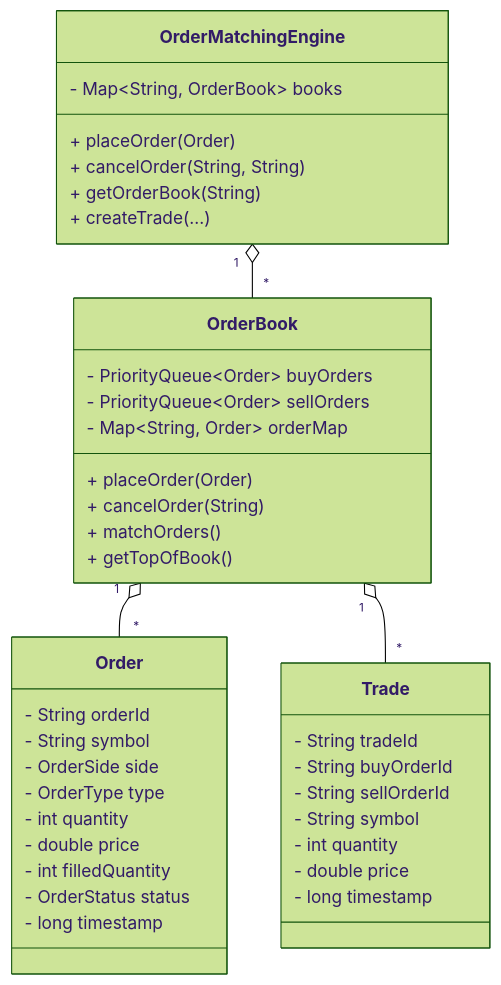
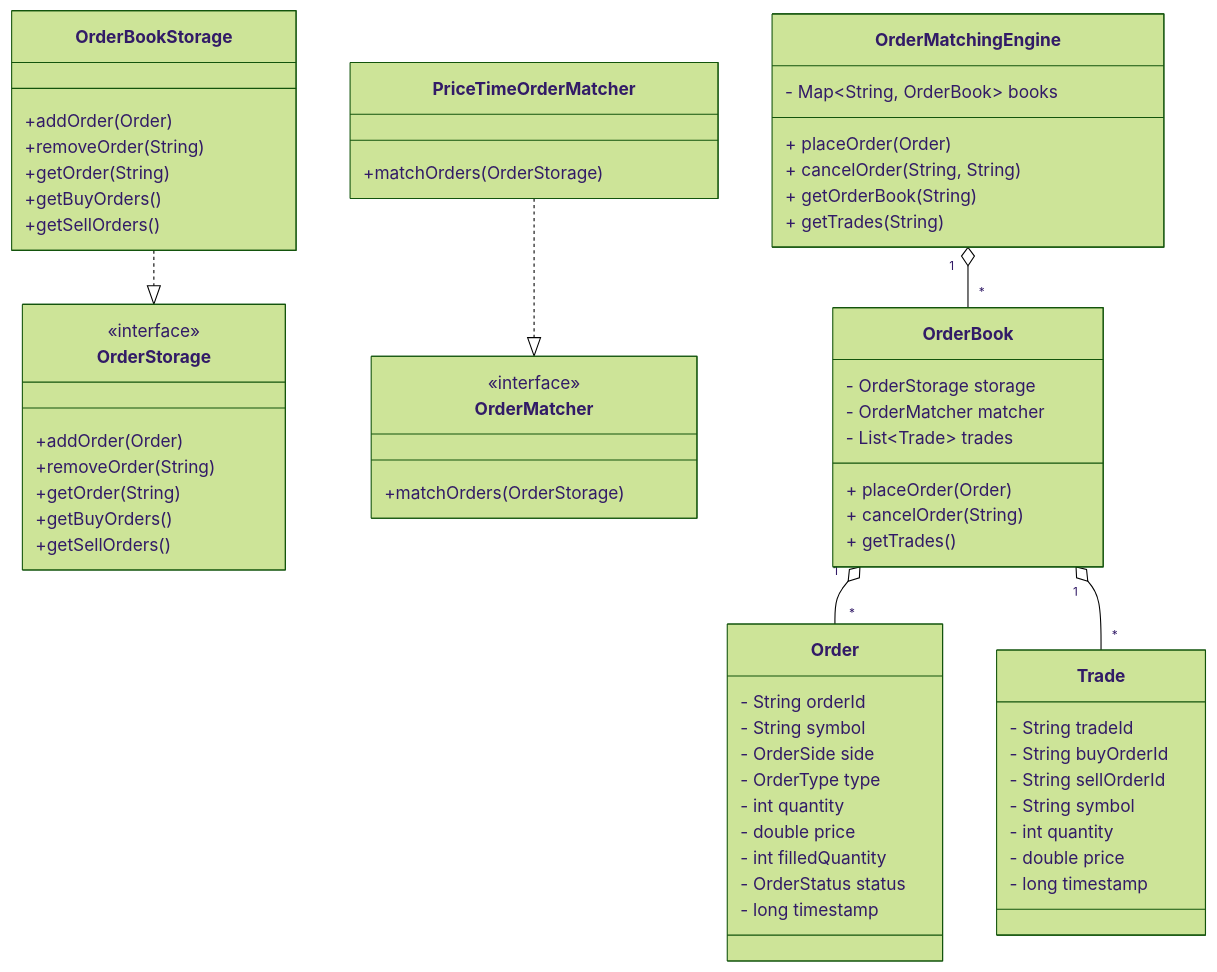
The diagram in lld-problems/stock-trading-app-design.md (mohan22/dsa-revision), drawn with Mermaid (forest theme) before and after one commit.

Commit message:
Update UML diagram: include all interfaces and classes for stock trading app LLD

````diff
--- a/lld-problems/stock-trading-app-design.md
+++ b/lld-problems/stock-trading-app-design.md
@@ -92,42 +92,72 @@
 ```mermaid
 classDiagram
+  %% Interfaces
+  class OrderStorage {
+    <<interface>>
+    +addOrder(Order)
+    +removeOrder(String)
+    +getOrder(String)
+    +getBuyOrders()
+    +getSellOrders()
+  }
+  class OrderMatcher {
+    <<interface>>
+    +matchOrders(OrderStorage)
+  }
+
+  %% Implementations
+  class OrderBookStorage {
+    +addOrder(Order)
+    +removeOrder(String)
+    +getOrder(String)
+    +getBuyOrders()
+    +getSellOrders()
+  }
+  class PriceTimeOrderMatcher {
+    +matchOrders(OrderStorage)
+  }
+
+  %% Domain Classes
   class Order {
     - String orderId
     - String symbol
     - OrderSide side
     - OrderType type
     - int quantity
     - double price
     - int filledQuantity
     - OrderStatus status
     - long timestamp
   }
   class Trade {
     - String tradeId
     - String buyOrderId
     - String sellOrderId
     - String symbol
     - int quantity
     - double price
     - long timestamp
   }
   class OrderBook {
-    - PriorityQueue~Order~ buyOrders
-    - PriorityQueue~Order~ sellOrders
-    - Map~String, Order~ orderMap
+    - OrderStorage storage
+    - OrderMatcher matcher
+    - List~Trade~ trades
     + placeOrder(Order)
     + cancelOrder(String)
-    + matchOrders()
-    + getTopOfBook()
+    + getTrades()
   }
   class OrderMatchingEngine {
     - Map~String, OrderBook~ books
     + placeOrder(Order)
     + cancelOrder(String, String)
     + getOrderBook(String)
-    + createTrade(...)
+    + getTrades(String)
   }
+
+  %% Relationships
+  OrderBookStorage ..|> OrderStorage
+  PriceTimeOrderMatcher ..|> OrderMatcher
   OrderMatchingEngine "1" o-- "*" OrderBook
   OrderBook "1" o-- "*" Order
   OrderBook "1" o-- "*" Trade
 ```
````
